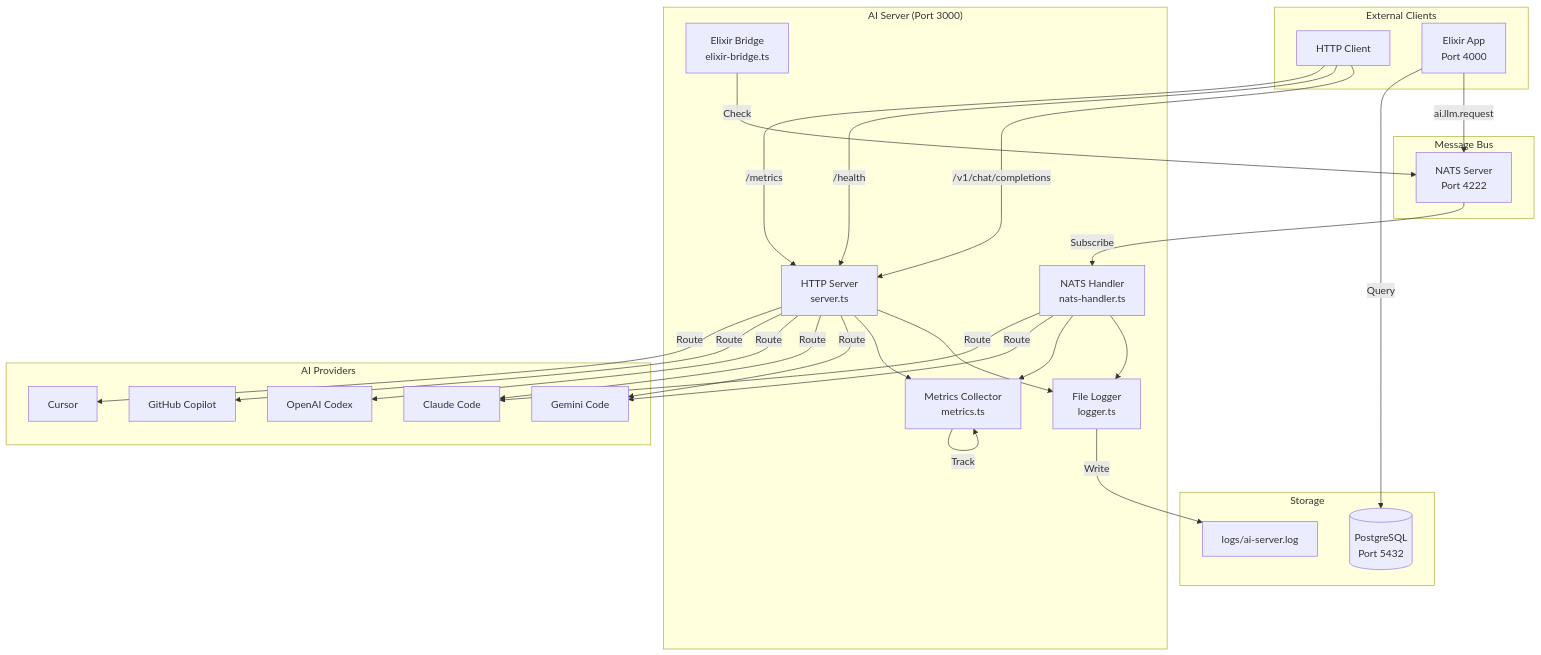
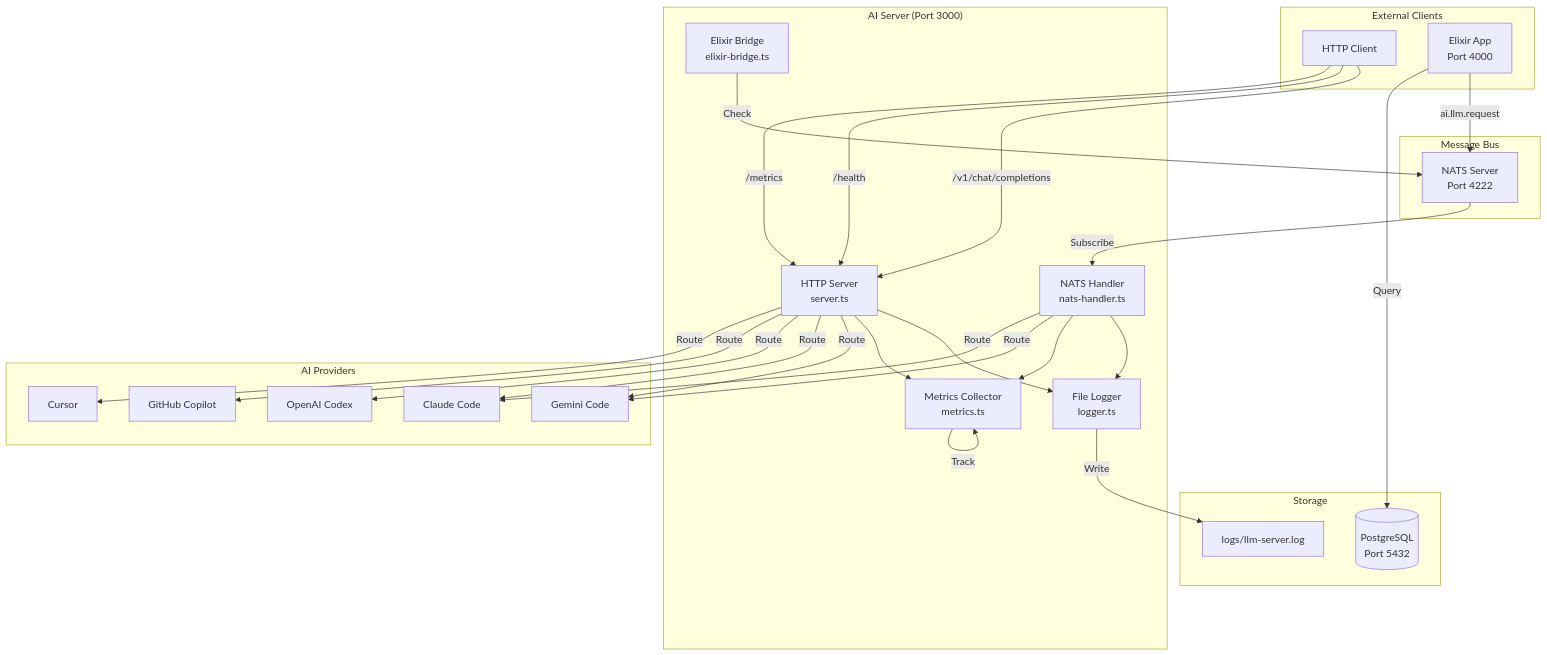
One commit to mikkihugo/ex_llm changed the first of 29 diagrams in SYSTEM_FLOWS.md. Above: the diagram before and after it, drawn with Mermaid. The commit also changed other lines of this file and 215 other files, not shown here.

First line of the commit message:
refactor: Rename ai-server to llm-server

````diff
--- a/SYSTEM_FLOWS.md
+++ b/SYSTEM_FLOWS.md
@@ -28,53 +28,53 @@
 ```mermaid
 graph TB
     subgraph "External Clients"
         HTTP[HTTP Client]
         Elixir[Elixir App<br/>Port 4000]
     end
     
     subgraph "AI Server (Port 3000)"
         Server[HTTP Server<br/>server.ts]
         Logger[File Logger<br/>logger.ts]
         Metrics[Metrics Collector<br/>metrics.ts]
         NATSHandler[NATS Handler<br/>nats-handler.ts]
         Bridge[Elixir Bridge<br/>elixir-bridge.ts]
     end
     
     subgraph "Message Bus"
         NATS[NATS Server<br/>Port 4222]
     end
     
     subgraph "AI Providers"
         Gemini[Gemini Code]
         Claude[Claude Code]
         Codex[OpenAI Codex]
         Copilot[GitHub Copilot]
         Cursor[Cursor]
     end
     
     subgraph "Storage"
-        Logs[logs/ai-server.log]
+        Logs[logs/llm-server.log]
         DB[(PostgreSQL<br/>Port 5432)]
     end
     
     HTTP -->|/v1/chat/completions| Server
     HTTP -->|/health| Server
     HTTP -->|/metrics| Server
     Elixir -->|ai.llm.request| NATS
     NATS -->|Subscribe| NATSHandler
     Server --> Logger
     Server --> Metrics
     NATSHandler --> Logger
     NATSHandler --> Metrics
     Logger -->|Write| Logs
     Metrics -->|Track| Metrics
     Server -->|Route| Gemini
     Server -->|Route| Claude
     Server -->|Route| Codex
     Server -->|Route| Copilot
     Server -->|Route| Cursor
     NATSHandler -->|Route| Gemini
     NATSHandler -->|Route| Claude
     Bridge -->|Check| NATS
     Elixir -->|Query| DB
 ```
````
